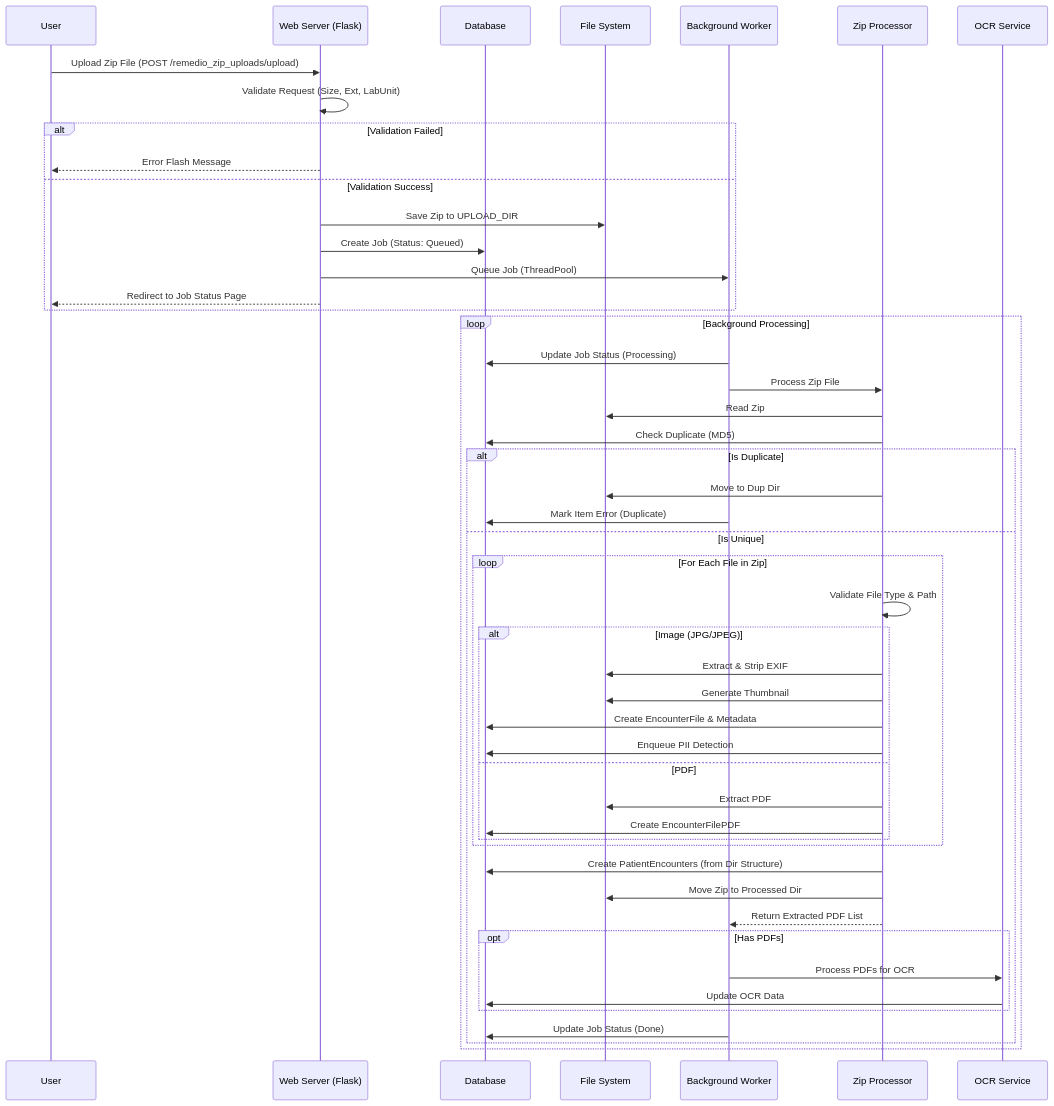
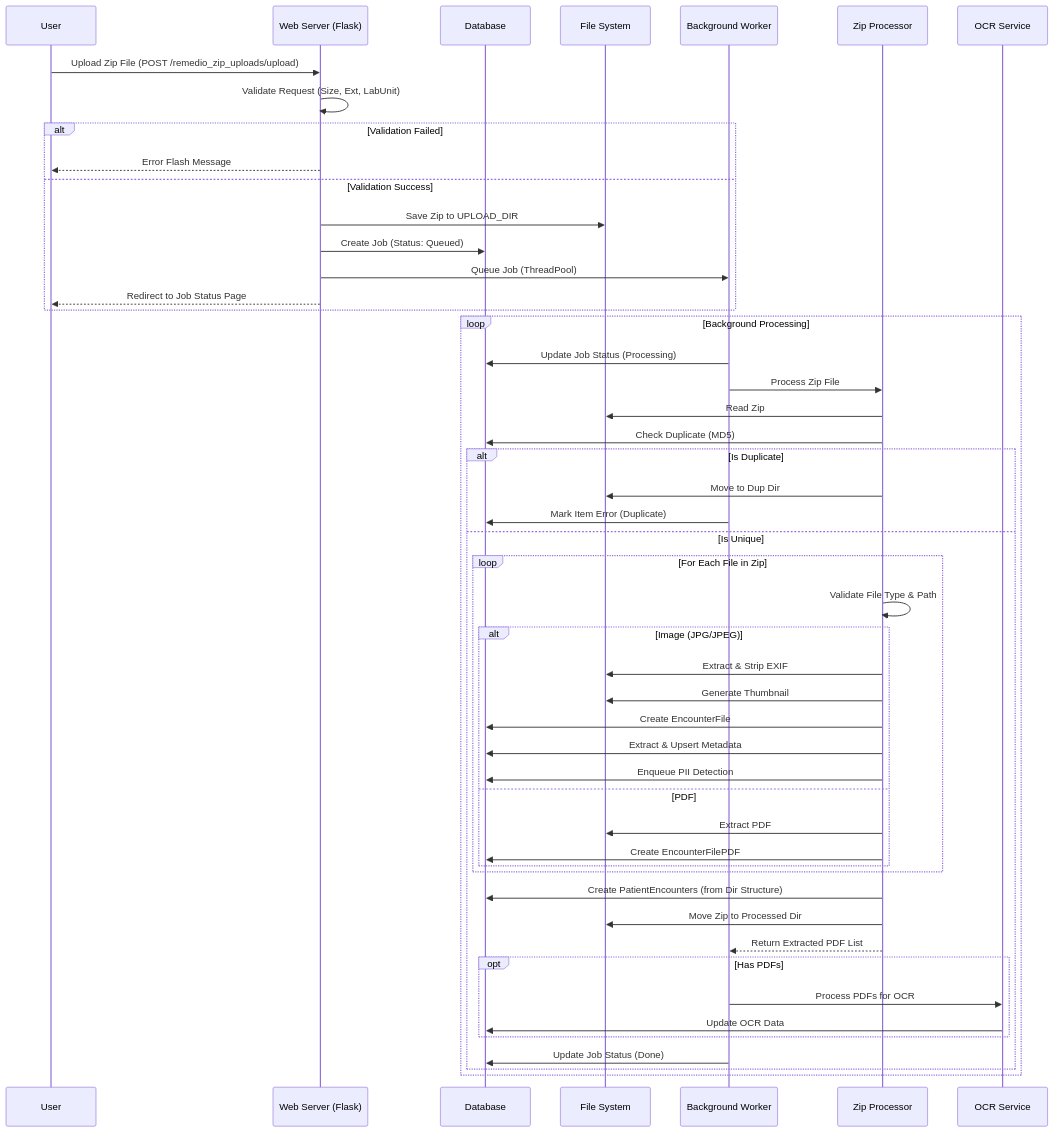
One commit to drguptavivek/fundus_img_xtract changed the diagram in docs/08-Workflow/01-Zip_Upload_Workflow.md. Above: the diagram before and after it, drawn with Mermaid. The commit also changed other lines of this file and 9 other files, not shown here.

````diff
--- a/docs/08-Workflow/01-Zip_Upload_Workflow.md
+++ b/docs/08-Workflow/01-Zip_Upload_Workflow.md
@@ -5,59 +10,60 @@
 ```mermaid
 sequenceDiagram
     participant User
     participant WebServer as Web Server (Flask)
     participant DB as Database
     participant FileSystem as File System
     participant Worker as Background Worker
     participant ZipProcessor as Zip Processor
     participant OCR as OCR Service
 
     User->>WebServer: Upload Zip File (POST /remedio_zip_uploads/upload)
     WebServer->>WebServer: Validate Request (Size, Ext, LabUnit)
     alt Validation Failed
         WebServer-->>User: Error Flash Message
     else Validation Success
         WebServer->>FileSystem: Save Zip to UPLOAD_DIR
         WebServer->>DB: Create Job (Status: Queued)
         WebServer->>Worker: Queue Job (ThreadPool)
         WebServer-->>User: Redirect to Job Status Page
     end
 
     loop Background Processing
         Worker->>DB: Update Job Status (Processing)
         Worker->>ZipProcessor: Process Zip File
         
         ZipProcessor->>FileSystem: Read Zip
         ZipProcessor->>DB: Check Duplicate (MD5)
         
         alt Is Duplicate
             ZipProcessor->>FileSystem: Move to Dup Dir
             Worker->>DB: Mark Item Error (Duplicate)
         else Is Unique
             loop For Each File in Zip
                 ZipProcessor->>ZipProcessor: Validate File Type & Path
                 
                 alt Image (JPG/JPEG)
                     ZipProcessor->>FileSystem: Extract & Strip EXIF
                     ZipProcessor->>FileSystem: Generate Thumbnail
-                    ZipProcessor->>DB: Create EncounterFile & Metadata
+                    ZipProcessor->>DB: Create EncounterFile
+                    ZipProcessor->>DB: Extract & Upsert Metadata
                     ZipProcessor->>DB: Enqueue PII Detection
                 else PDF
                     ZipProcessor->>FileSystem: Extract PDF
                     ZipProcessor->>DB: Create EncounterFilePDF
                 end
             end
             
             ZipProcessor->>DB: Create PatientEncounters (from Dir Structure)
             ZipProcessor->>FileSystem: Move Zip to Processed Dir
             ZipProcessor-->>Worker: Return Extracted PDF List
             
             opt Has PDFs
                 Worker->>OCR: Process PDFs for OCR
                 OCR->>DB: Update OCR Data
             end
             
             Worker->>DB: Update Job Status (Done)
         end
     end
 ```
````
